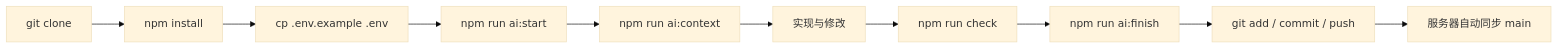
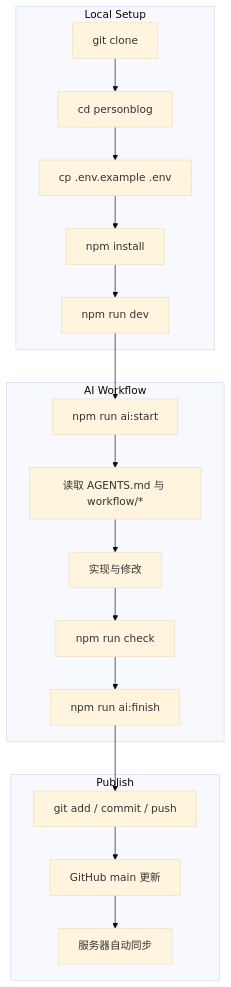
Before and after one commit to 1218594966/blog: the second of 2 diagrams in README.md, drawn with Mermaid (base theme). The commit also changed other lines of this file and 2 other files, not shown here.

````diff
--- a/README.md
+++ b/README.md
@@ -192,12 +191,28 @@
 ```mermaid
-flowchart LR
-    A["git clone"] --> B["npm install"]
-    B --> C["cp .env.example .env"]
-    C --> D["npm run ai:start"]
-    D --> E["npm run ai:context"]
-    E --> F["实现与修改"]
-    F --> G["npm run check"]
-    G --> H["npm run ai:finish"]
-    H --> I["git add / commit / push"]
-    I --> J["服务器自动同步 main"]
+flowchart TB
+    subgraph L["Local Setup"]
+        L1["git clone"]
+        L2["cd personblog"]
+        L3["cp .env.example .env"]
+        L4["npm install"]
+        L5["npm run dev"]
+    end
+
+    subgraph W["AI Workflow"]
+        W1["npm run ai:start"]
+        W2["读取 AGENTS.md 与 workflow/*"]
+        W3["实现与修改"]
+        W4["npm run check"]
+        W5["npm run ai:finish"]
+    end
+
+    subgraph P["Publish"]
+        P1["git add / commit / push"]
+        P2["GitHub main 更新"]
+        P3["服务器自动同步"]
+    end
+
+    L1 --> L2 --> L3 --> L4 --> L5
+    L5 --> W1 --> W2 --> W3 --> W4 --> W5
+    W5 --> P1 --> P2 --> P3
 ```
````
